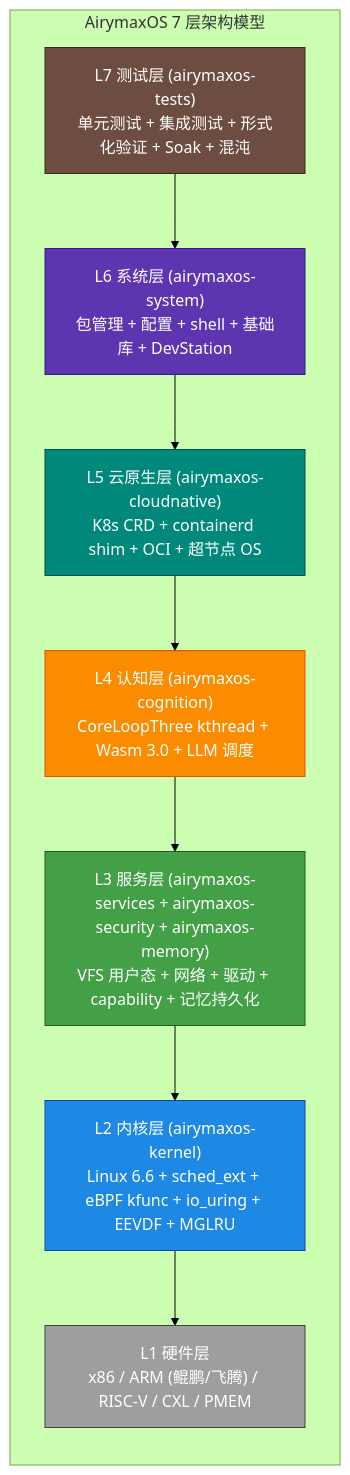
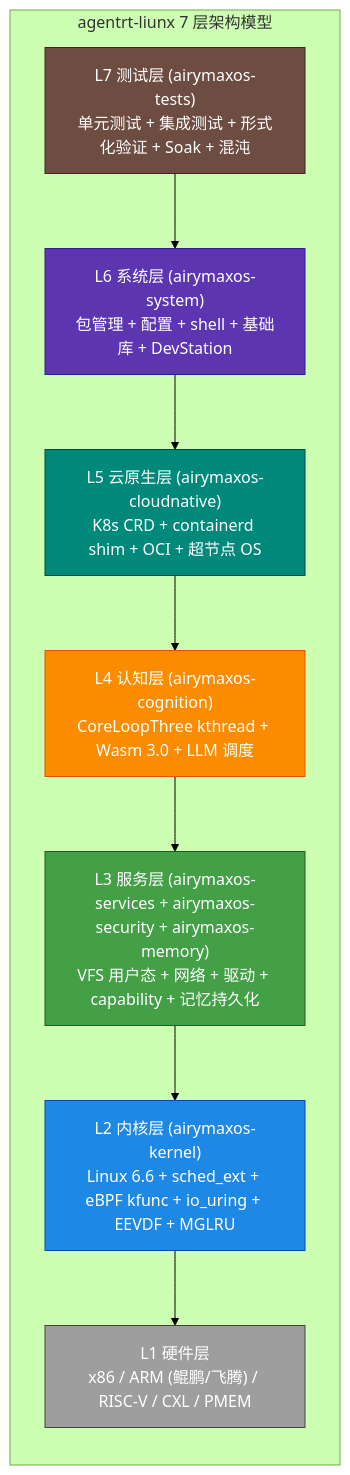
Before and after one commit to openairymax/docs: the second of 2 diagrams in AirymaxAgentOS/10-architecture/README.md, drawn with Mermaid (forest theme). The commit also changed other lines of this file and 99 other files, not shown here.

````diff
--- a/AirymaxAgentOS/10-architecture/README.md
+++ b/AirymaxAgentOS/10-architecture/README.md
@@ -119,36 +119,36 @@
 ```mermaid
 graph TB
-    subgraph "AirymaxOS 7 层架构模型"
+    subgraph "agentrt-liunx 7 层架构模型"
         direction TB
         L7["L7 测试层 (airymaxos-tests)<br/>单元测试 + 集成测试 + 形式化验证 + Soak + 混沌"]
         L6["L6 系统层 (airymaxos-system)<br/>包管理 + 配置 + shell + 基础库 + DevStation"]
         L5["L5 云原生层 (airymaxos-cloudnative)<br/>K8s CRD + containerd shim + OCI + 超节点 OS"]
         L4["L4 认知层 (airymaxos-cognition)<br/>CoreLoopThree kthread + Wasm 3.0 + LLM 调度"]
         L3["L3 服务层 (airymaxos-services + airymaxos-security + airymaxos-memory)<br/>VFS 用户态 + 网络 + 驱动 + capability + 记忆持久化"]
         L2["L2 内核层 (airymaxos-kernel)<br/>Linux 6.6 + sched_ext + eBPF kfunc + io_uring + EEVDF + MGLRU"]
         L1["L1 硬件层<br/>x86 / ARM (鲲鹏/飞腾) / RISC-V / CXL / PMEM"]
 
         L7 --> L6
         L6 --> L5
         L5 --> L4
         L4 --> L3
         L3 --> L2
         L2 --> L1
     end
 
     classDef l1Style fill:#9e9e9e,stroke:#424242,color:#ffffff
     classDef l2Style fill:#1e88e5,stroke:#0d47a1,color:#ffffff
     classDef l3Style fill:#43a047,stroke:#1b5e20,color:#ffffff
     classDef l4Style fill:#fb8c00,stroke:#e65100,color:#ffffff
     classDef l5Style fill:#00897b,stroke:#004d40,color:#ffffff
     classDef l6Style fill:#5e35b1,stroke:#311b92,color:#ffffff
     classDef l7Style fill:#6d4c41,stroke:#3e2723,color:#ffffff
 
     class L1 l1Style
     class L2 l2Style
     class L3 l3Style
     class L4 l4Style
     class L5 l5Style
     class L6 l6Style
     class L7 l7Style
 ```
````
